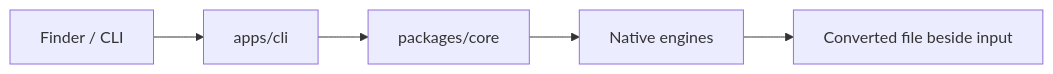
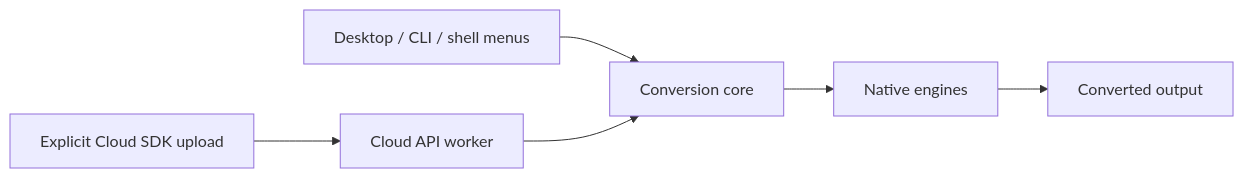
One commit to smeltery/convrt changed the diagram in docs/README.md. Above: the diagram before and after it, drawn with Mermaid. The commit also changed other lines of this file and 179 other files, not shown here.

Commit message:
feat: expand conversion tools and self-hosted API with docs

````diff
--- a/docs/README.md
+++ b/docs/README.md
@@ -7,7 +6,8 @@
 ```mermaid
 flowchart LR
-  finder["Finder / CLI"] --> cli["apps/cli"]
-  cli --> core["packages/core"]
+  local["Desktop / CLI / shell menus"] --> core["Conversion core"]
+  sdk["Explicit Cloud SDK upload"] --> api["Cloud API worker"]
+  api --> core
   core --> engines["Native engines"]
-  engines --> output["Converted file beside input"]
+  engines --> output["Converted output"]
 ```
````
